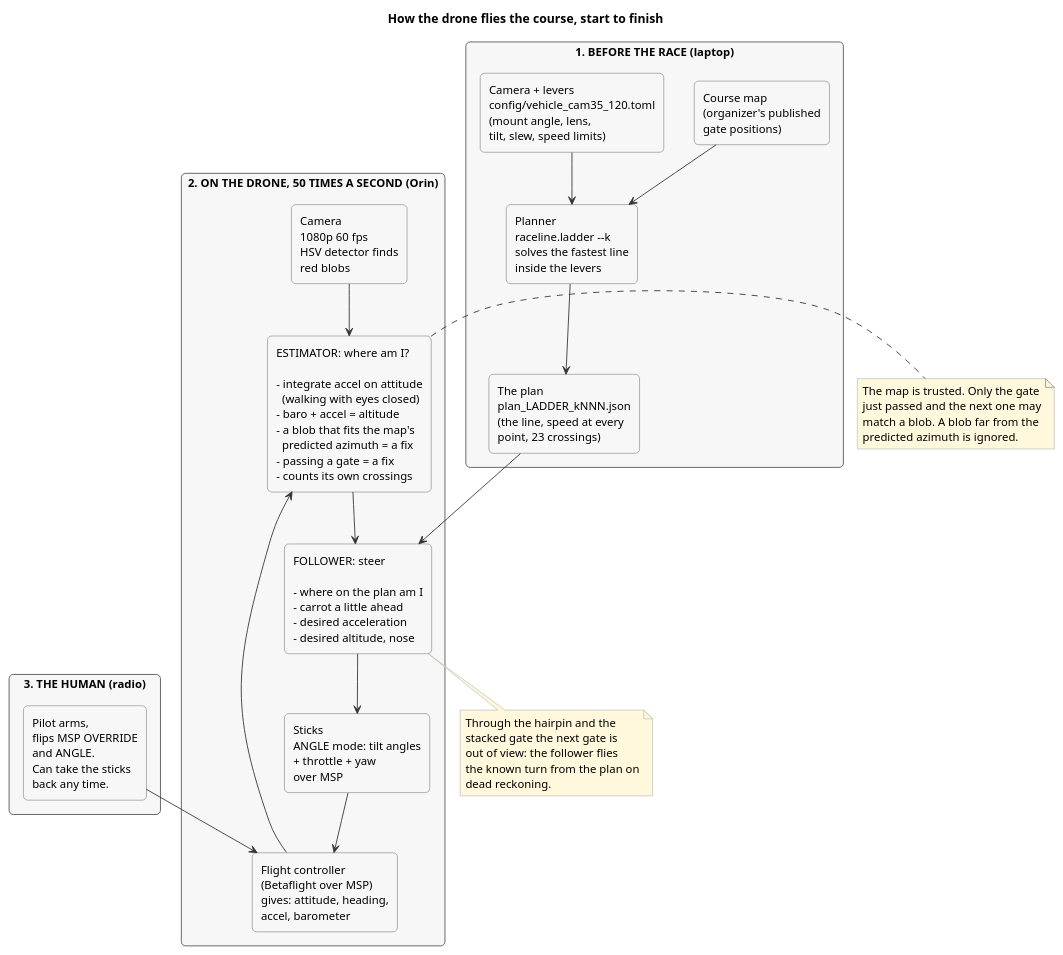
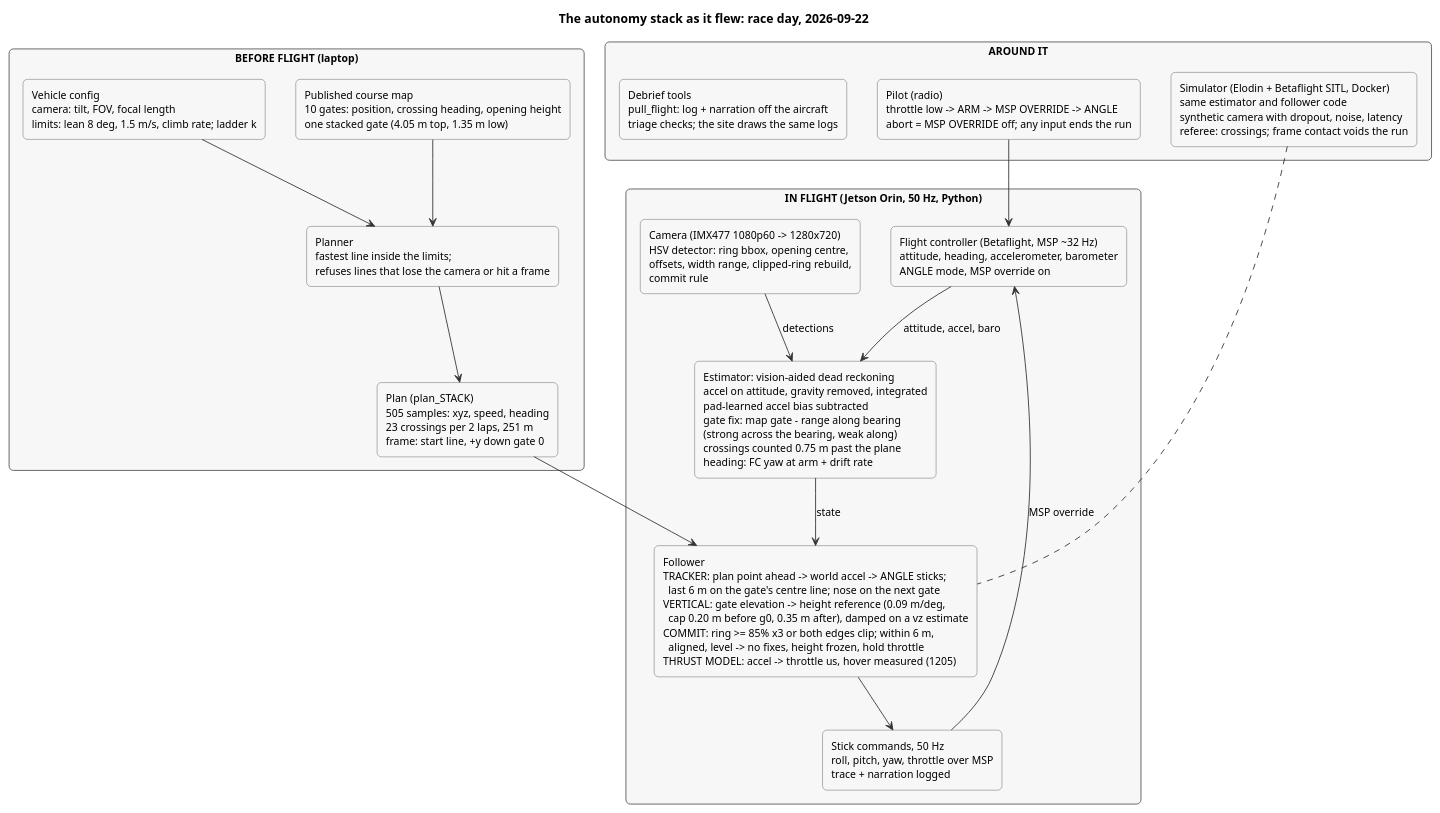
The diagram in docs/how_it_flies.puml (BStandage/AI-GrandPrix), drawn with PlantUML before and after one commit. The commit also changed 4 other files, not shown here.

Commit message:
Site: race-day architecture drawn as SVG; puml updated to match; the padding

```diff
--- a/docs/how_it_flies.puml
+++ b/docs/how_it_flies.puml
@@ -1,61 +1,47 @@
 @startuml how_it_flies
+' The race-day architecture (2026-09-22 build). Rendered for the site as an
+' SVG in site/src/Architecture.jsx; keep the two in step.
 skinparam backgroundColor white
-skinparam defaultFontSize 13
+skinparam defaultFontSize 12
 skinparam ArrowColor #333333
 skinparam rectangle {
   BackgroundColor #F7F7F7
   BorderColor #555555
   RoundCorner 10
 }
-skinparam note {
-  BackgroundColor #FFF8DC
-  BorderColor #999999
-}
 
-title How the drone flies the course, start to finish
+title The autonomy stack as it flew: race day, 2026-09-22
 
-rectangle "1. BEFORE THE RACE (laptop)" as before {
-  rectangle "Course map\n(organizer's published\ngate positions)" as map
-  rectangle "Camera + levers\nconfig/vehicle_cam35_120.toml\n(mount angle, lens,\ntilt, slew, speed limits)" as cfg
-  rectangle "Planner\nraceline.ladder --k\nsolves the fastest line\ninside the levers" as planner
-  rectangle "The plan\nplan_LADDER_kNNN.json\n(the line, speed at every\npoint, 23 crossings)" as plan
+rectangle "BEFORE FLIGHT (laptop)" as before {
+  rectangle "Published course map\n10 gates: position, crossing heading, opening height\none stacked gate (4.05 m top, 1.35 m low)" as map
+  rectangle "Vehicle config\ncamera: tilt, FOV, focal length\nlimits: lean 8 deg, 1.5 m/s, climb rate; ladder k" as cfg
+  rectangle "Planner\nfastest line inside the limits;\nrefuses lines that lose the camera or hit a frame" as planner
+  rectangle "Plan (plan_STACK)\n505 samples: xyz, speed, heading\n23 crossings per 2 laps, 251 m\nframe: start line, +y down gate 0" as plan
   map --> planner
   cfg --> planner
   planner --> plan
 }
 
-rectangle "2. ON THE DRONE, 50 TIMES A SECOND (Orin)" as loop {
-  rectangle "Flight controller\n(Betaflight over MSP)\ngives: attitude, heading,\naccel, barometer" as fc
-  rectangle "Camera\n1080p 60 fps\nHSV detector finds\nred blobs" as cam
-  rectangle "ESTIMATOR: where am I?\n\n- integrate accel on attitude\n  (walking with eyes closed)\n- baro + accel = altitude\n- a blob that fits the map's\n  predicted azimuth = a fix\n- passing a gate = a fix\n- counts its own crossings" as est
-  rectangle "FOLLOWER: steer\n\n- where on the plan am I\n- carrot a little ahead\n- desired acceleration\n- desired altitude, nose" as fol
-  rectangle "Sticks\nANGLE mode: tilt angles\n+ throttle + yaw\nover MSP" as sticks
-  fc --> est
-  cam --> est
-  est --> fol
+rectangle "IN FLIGHT (Jetson Orin, 50 Hz, Python)" as loop {
+  rectangle "Flight controller (Betaflight, MSP ~32 Hz)\nattitude, heading, accelerometer, barometer\nANGLE mode, MSP override on" as fc
+  rectangle "Camera (IMX477 1080p60 -> 1280x720)\nHSV detector: ring bbox, opening centre,\noffsets, width range, clipped-ring rebuild,\ncommit rule" as cam
+  rectangle "Estimator: vision-aided dead reckoning\naccel on attitude, gravity removed, integrated\npad-learned accel bias subtracted\ngate fix: map gate - range along bearing\n(strong across the bearing, weak along)\ncrossings counted 0.75 m past the plane\nheading: FC yaw at arm + drift rate" as est
+  rectangle "Follower\nTRACKER: plan point ahead -> world accel -> ANGLE sticks;\n  last 6 m on the gate's centre line; nose on the next gate\nVERTICAL: gate elevation -> height reference (0.09 m/deg,\n  cap 0.20 m before g0, 0.35 m after), damped on a vz estimate\nCOMMIT: ring >= 85% x3 or both edges clip; within 6 m,\n  aligned, level -> no fixes, height frozen, hold throttle\nTHRUST MODEL: accel -> throttle us, hover measured (1205)" as fol
+  rectangle "Stick commands, 50 Hz\nroll, pitch, yaw, throttle over MSP\ntrace + narration logged" as sticks
+  fc --> est : attitude, accel, baro
+  cam --> est : detections
+  est --> fol : state
   plan --> fol
   fol --> sticks
-  sticks --> fc
+  sticks --> fc : MSP override
 }
 
-rectangle "3. THE HUMAN (radio)" as human {
-  rectangle "Pilot arms,\nflips MSP OVERRIDE\nand ANGLE.\nCan take the sticks\nback any time." as pilot
+rectangle "AROUND IT" as around {
+  rectangle "Pilot (radio)\nthrottle low -> ARM -> MSP OVERRIDE -> ANGLE\nabort = MSP OVERRIDE off; any input ends the run" as pilot
+  rectangle "Simulator (Elodin + Betaflight SITL, Docker)\nsame estimator and follower code\nsynthetic camera with dropout, noise, latency\nreferee: crossings; frame contact voids the run" as sim
+  rectangle "Debrief tools\npull_flight: log + narration off the aircraft\ntriage checks; the site draws the same logs" as tools
 }
 pilot --> fc
-
-note right of est
-  The map is trusted. Only the gate
-  just passed and the next one may
-  match a blob. A blob far from the
-  predicted azimuth is ignored.
-end note
-
-note bottom of fol
-  Through the hairpin and the
-  stacked gate the next gate is
-  out of view: the follower flies
-  the known turn from the plan on
-  dead reckoning.
-end note
+sim .. fol
 
 @enduml
```
